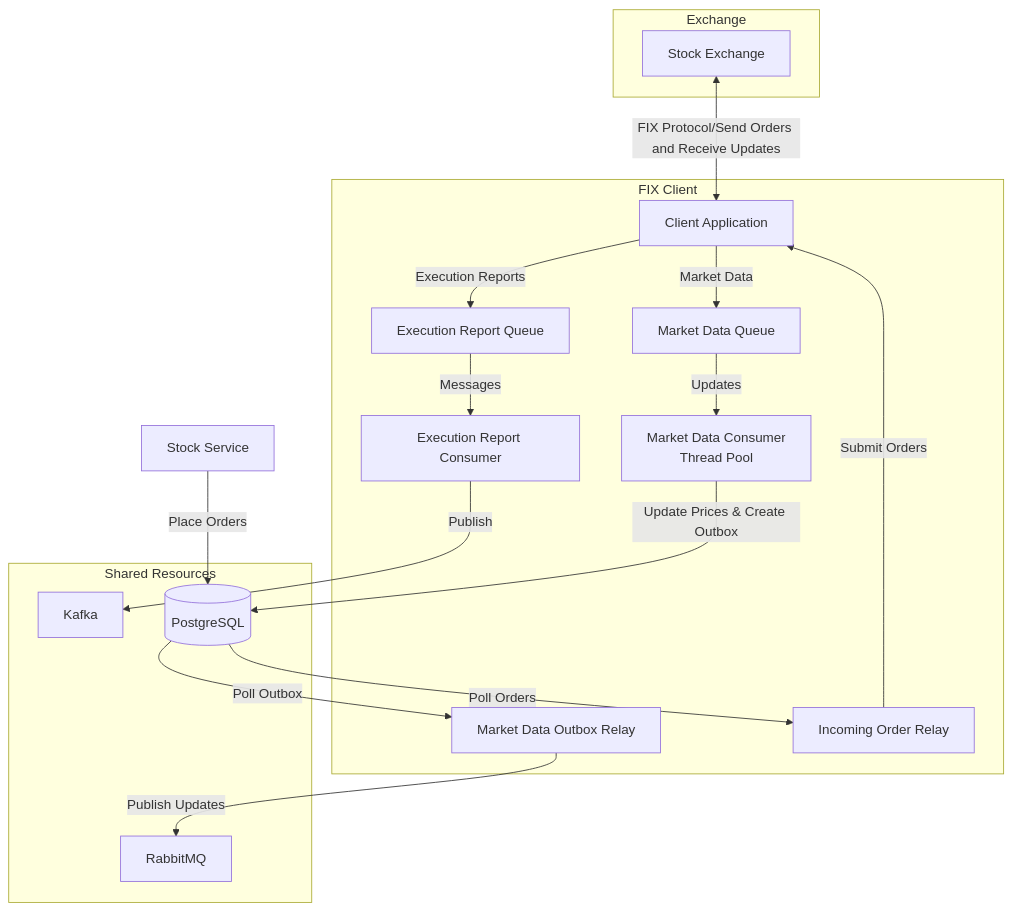
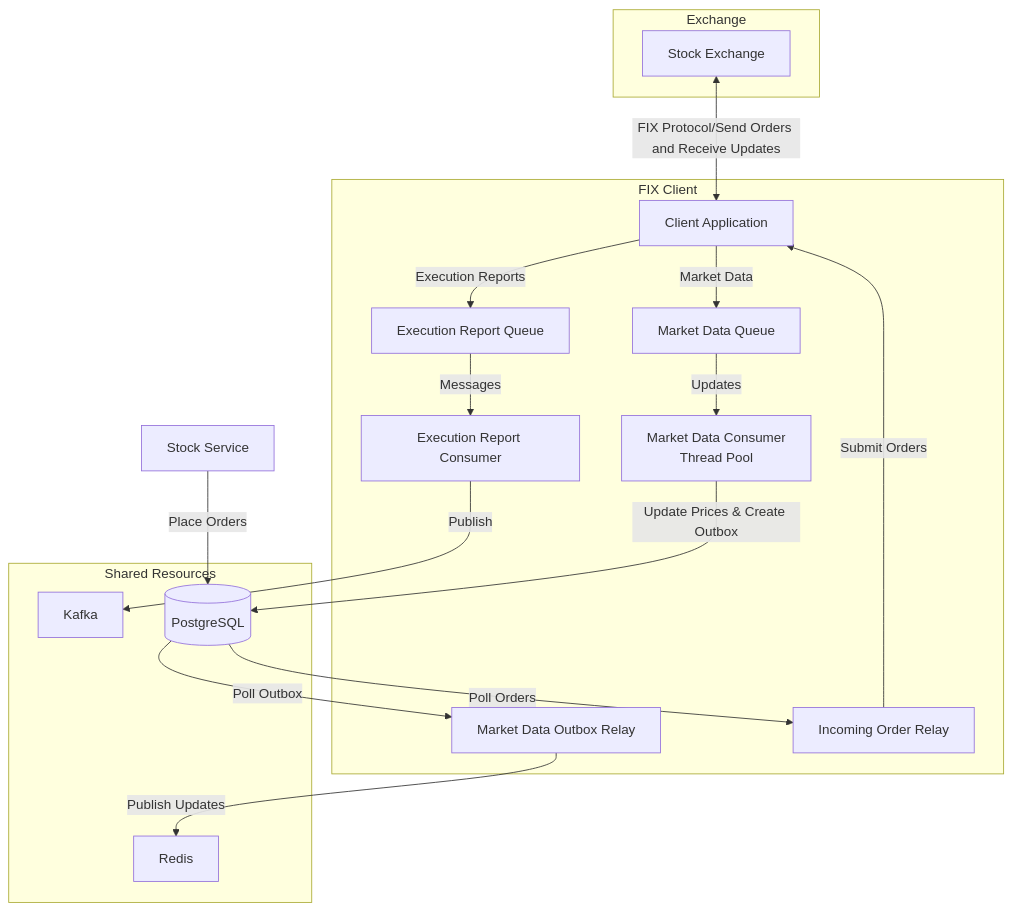
The diagram in README.md (MuratKaracaa/fix_client), drawn with Mermaid before and after one commit. The commit also changed other lines of this file, not shown here.

````diff
--- a/README.md
+++ b/README.md
@@ -9,39 +9,39 @@
 ```mermaid
 flowchart TD
     subgraph Exchange
         FIX[Stock Exchange]
     end
 
     subgraph FIXClient[FIX Client]
         CA[Client Application]
         ERQ[Execution Report Queue]
         MDQ[Market Data Queue]
         ERC[Execution Report Consumer]
         MDC[Market Data Consumer\nThread Pool]
         MDOR[Market Data Outbox Relay]
         IOR[Incoming Order Relay]
     end
 
     subgraph SharedResources[Shared Resources]
         Kafka[Kafka]
         DB[(PostgreSQL)]
-        RMQ[RabbitMQ]
+        RDS[Redis]
     end
 
     SS[Stock Service]
 
     FIX <-->|FIX Protocol/Send Orders and Receive Updates| CA
     CA -->|Execution Reports| ERQ
     CA -->|Market Data| MDQ
     ERQ -->|Messages| ERC
     MDQ -->|Updates| MDC
 
     ERC -->|Publish| Kafka
     MDC -->|Update Prices & Create Outbox| DB
     DB -->|Poll Outbox| MDOR
-    MDOR -->|Publish Updates| RMQ
+    MDOR -->|Publish Updates| RDS
 
     SS -->|Place Orders| DB
     DB -->|Poll Orders| IOR
     IOR -->|Submit Orders| CA
 ```
````
